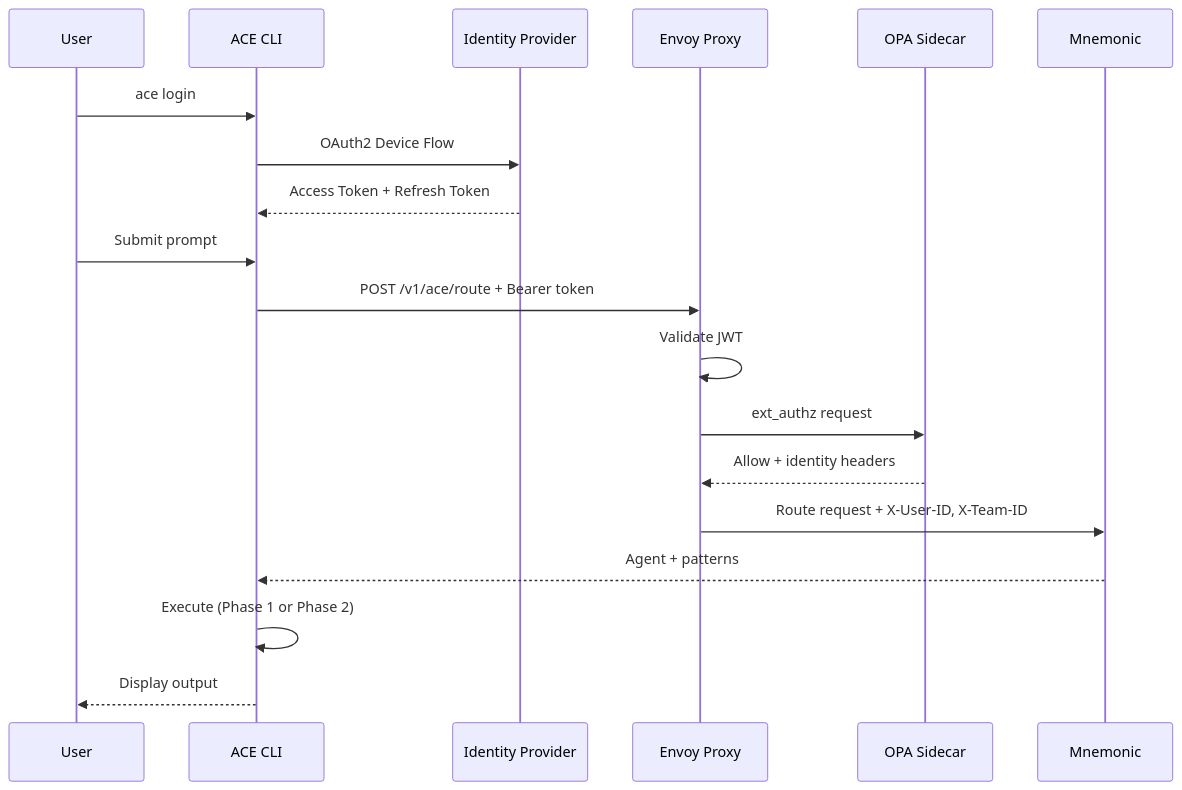
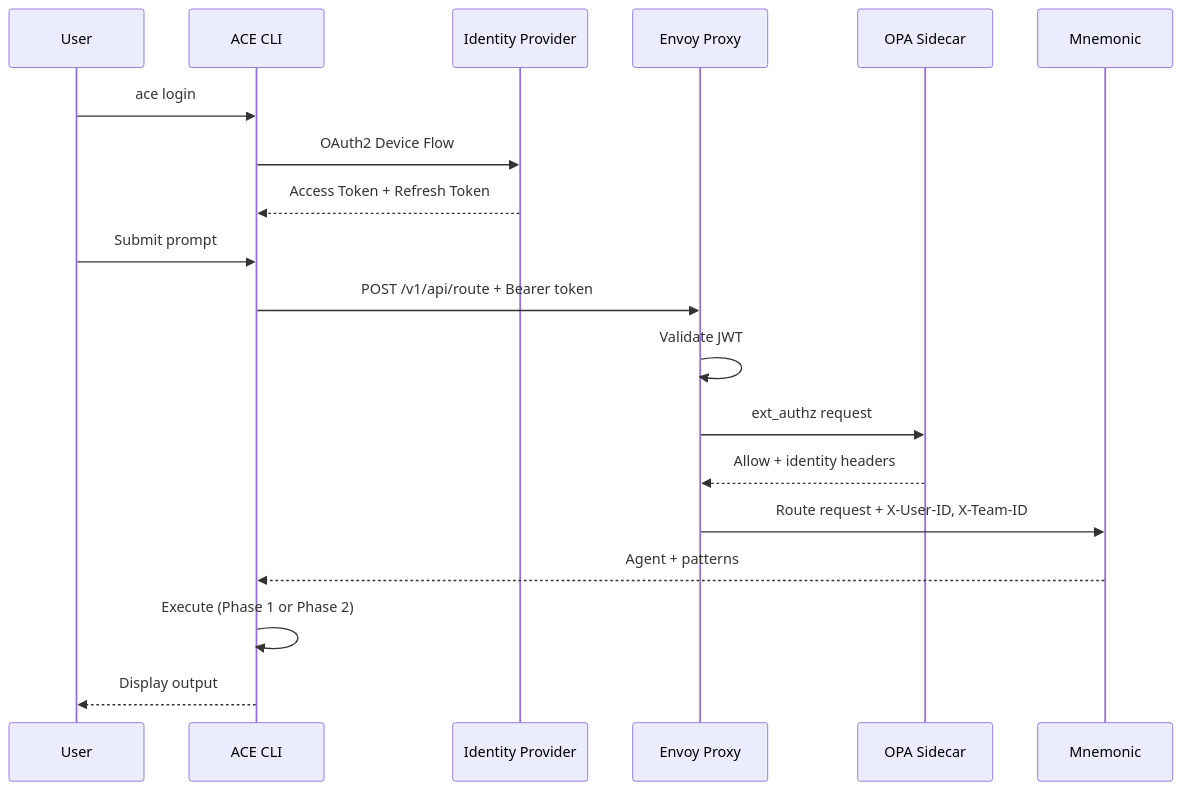
One commit to twistingmercury/mnemonic-mcp changed the fourth of 4 diagrams in docs/architecture/00-overview.md. Above: the diagram before and after it, drawn with Mermaid. The commit also changed other lines of this file and 10 other files, not shown here.

Commit message:
aligning design with architecture using rlm agent

````diff
--- a/docs/architecture/00-overview.md
+++ b/docs/architecture/00-overview.md
@@ -131,23 +131,23 @@
 ```mermaid
 sequenceDiagram
     participant User
     participant CLI as ACE CLI
     participant IDP as Identity Provider
     participant ENV as Envoy Proxy
     participant OPA as OPA Sidecar
     participant MN as Mnemonic
 
     User->>CLI: ace login
     CLI->>IDP: OAuth2 Device Flow
     IDP-->>CLI: Access Token + Refresh Token
 
     User->>CLI: Submit prompt
-    CLI->>ENV: POST /v1/ace/route + Bearer token
+    CLI->>ENV: POST /v1/api/route + Bearer token
     ENV->>ENV: Validate JWT
     ENV->>OPA: ext_authz request
     OPA-->>ENV: Allow + identity headers
     ENV->>MN: Route request + X-User-ID, X-Team-ID
     MN-->>CLI: Agent + patterns
     CLI->>CLI: Execute (Phase 1 or Phase 2)
     CLI-->>User: Display output
 ```
````
